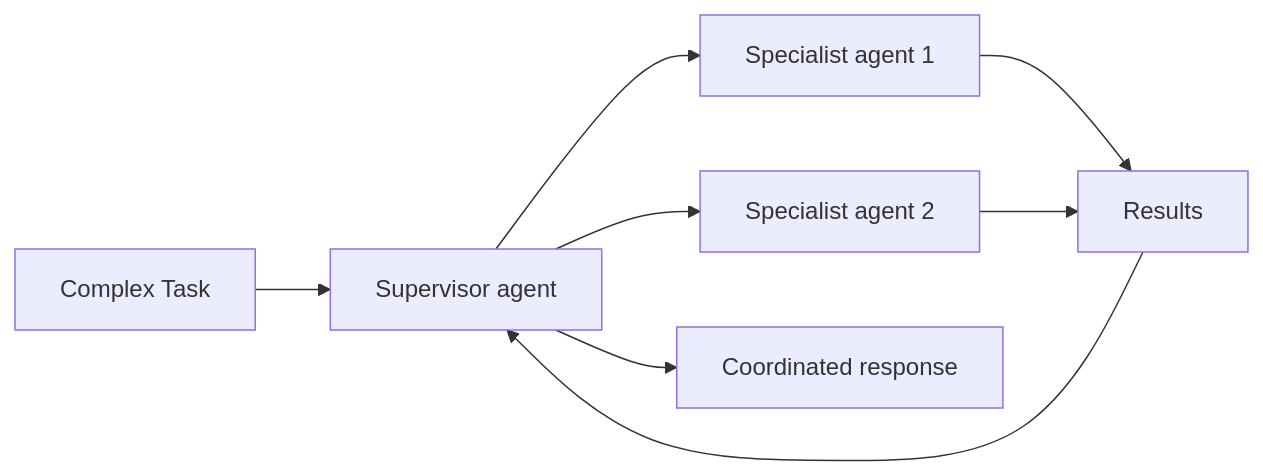
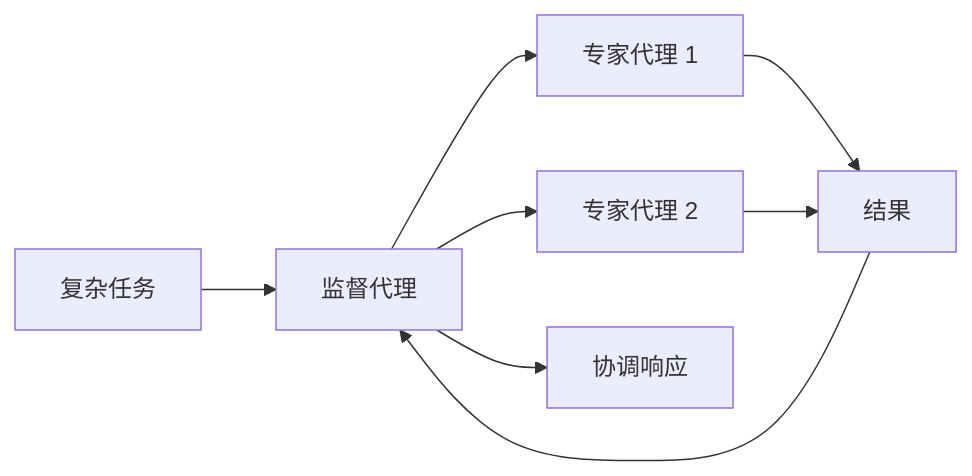
Before and after one commit to kunfan96/cndocs-langchain: the fourth of 4 diagrams in oss/javascript/langchain/component-architecture.mdx, drawn with Mermaid. The commit also changed other lines of this file and 288 other files, not shown here.

````diff
--- a/oss/javascript/langchain/component-architecture.mdx
+++ b/oss/javascript/langchain/component-architecture.mdx
@@ -102,10 +102,10 @@
 ```mermaid
 graph LR
-    A[Complex Task] --> B[Supervisor agent]
-    B --> C[Specialist agent 1]
-    B --> D[Specialist agent 2]
-    C --> E[Results]
+    A[复杂任务] --> B[监督代理]
+    B --> C[专家代理 1]
+    B --> D[专家代理 2]
+    C --> E[结果]
     D --> E
     E --> B
-    B --> F[Coordinated response]
+    B --> F[协调响应]
 ```
````
